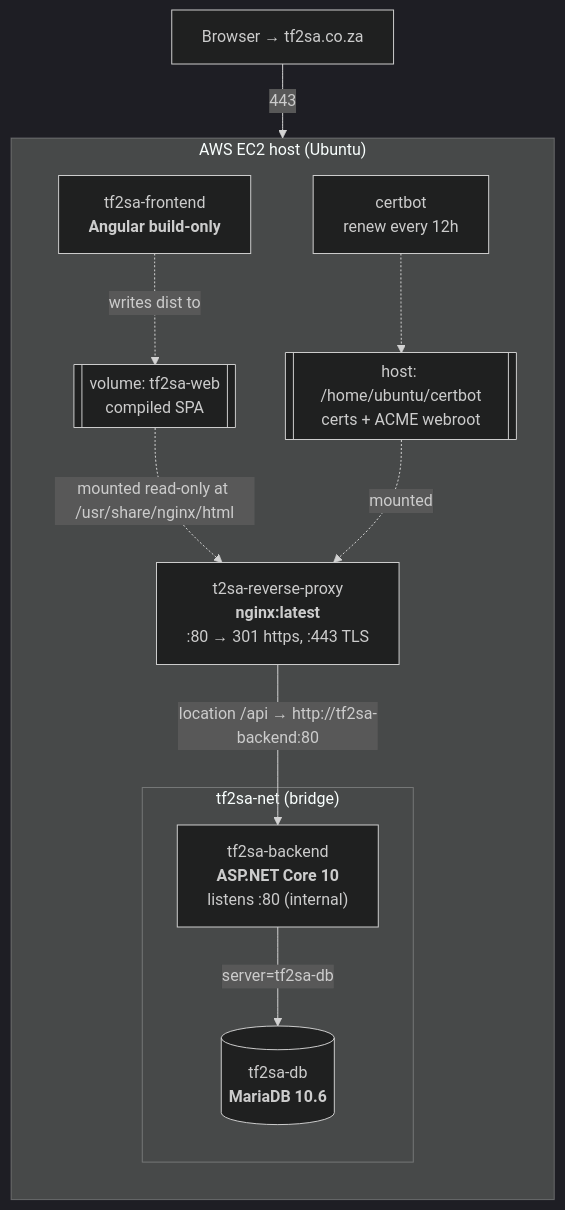
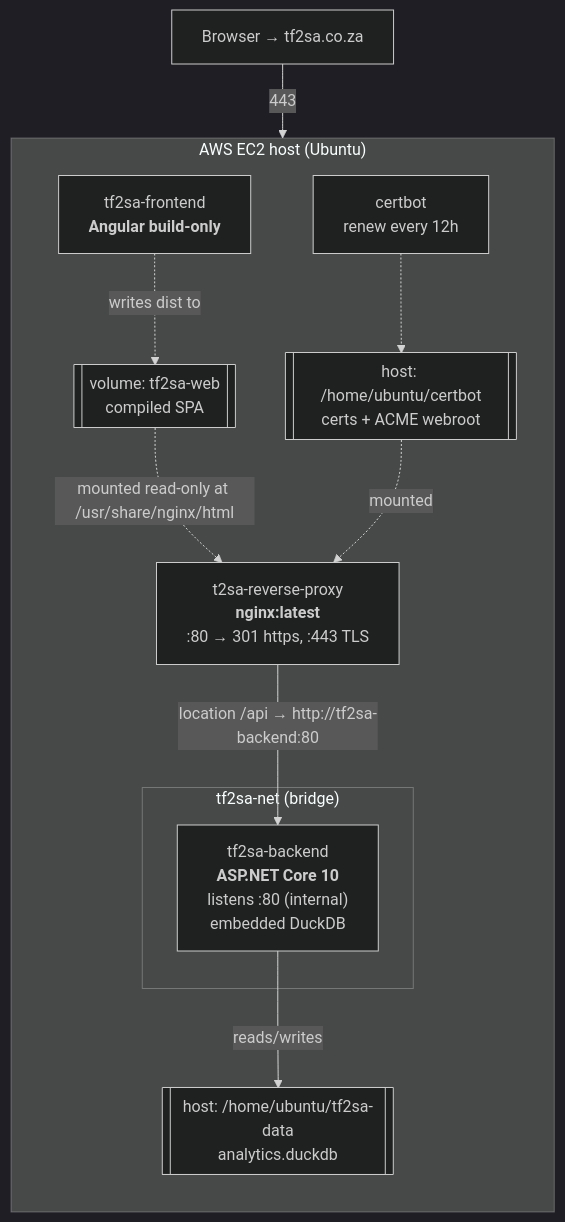
Before and after one commit to DeradoZA/tf2sa: the first of 2 diagrams in docs/architecture/deployment.md, drawn with Mermaid (dark theme). The commit also changed other lines of this file and 17 other files, not shown here.

````diff
--- a/docs/architecture/deployment.md
+++ b/docs/architecture/deployment.md
@@ -13,25 +16,25 @@
 ```mermaid
 flowchart TB
     user["Browser → tf2sa.co.za"]
 
     subgraph ec2["AWS EC2 host (Ubuntu)"]
         direction TB
         proxy["t2sa-reverse-proxy<br/><b>nginx:latest</b><br/>:80 → 301 https, :443 TLS"]
         subgraph net["tf2sa-net (bridge)"]
-            backend["tf2sa-backend<br/><b>ASP.NET Core 10</b><br/>listens :80 (internal)"]
-            db[("tf2sa-db<br/><b>MariaDB 10.6</b>")]
+            backend["tf2sa-backend<br/><b>ASP.NET Core 10</b><br/>listens :80 (internal)<br/>embedded DuckDB"]
         end
         frontend["tf2sa-frontend<br/><b>Angular build-only</b>"]
         certbot["certbot<br/>renew every 12h"]
         webvol[["volume: tf2sa-web<br/>compiled SPA"]]
         certvol[["host: /home/ubuntu/certbot<br/>certs + ACME webroot"]]
+        datavol[["host: /home/ubuntu/tf2sa-data<br/>analytics.duckdb"]]
     end
 
     user -->|443| proxy
     proxy -->|"location /api → http://tf2sa-backend:80"| backend
-    backend -->|"server=tf2sa-db"| db
+    backend -->|"reads/writes"| datavol
     frontend -.->|writes dist to| webvol
     webvol -.->|"mounted read-only at /usr/share/nginx/html"| proxy
     certbot -.-> certvol
     certvol -.->|mounted| proxy
 ```
````
